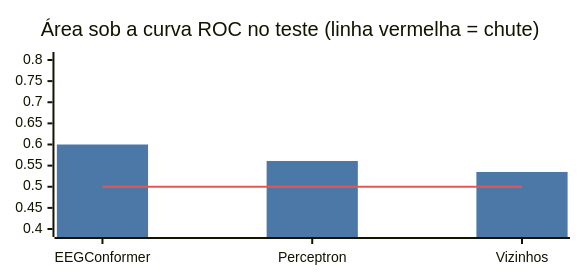
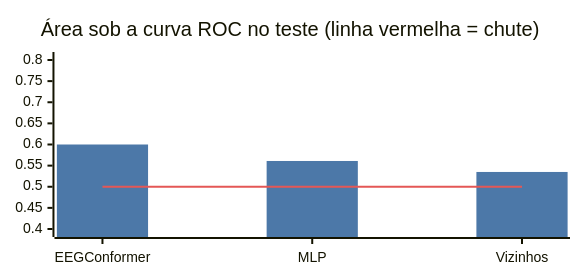
The sixth of 6 diagrams in README.md (kafb04/data-engineering-multimodal-ai), drawn with Mermaid before and after one commit. The commit also changed other lines of this file, not shown here.

````diff
--- a/README.md
+++ b/README.md
@@ -206,17 +225,17 @@
 ```mermaid
 ---
 config:
   xyChart:
     width: 560
     height: 260
   themeVariables:
     xyChart:
       plotColorPalette: "#4C78A8, #E45756"
 ---
 xychart-beta
     title "Área sob a curva ROC no teste (linha vermelha = chute)"
-    x-axis ["EEGConformer", "Perceptron", "Vizinhos"]
+    x-axis ["EEGConformer", "MLP", "Vizinhos"]
     y-axis 0.4 --> 0.8
     bar [0.600, 0.561, 0.535]
     line [0.5, 0.5, 0.5]
 ```
````
